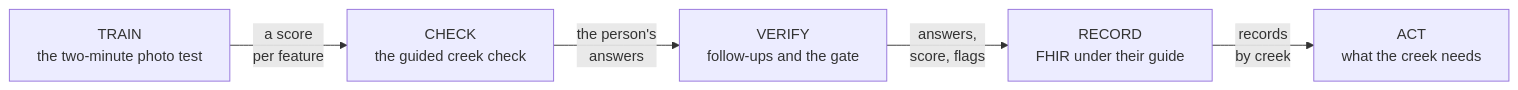
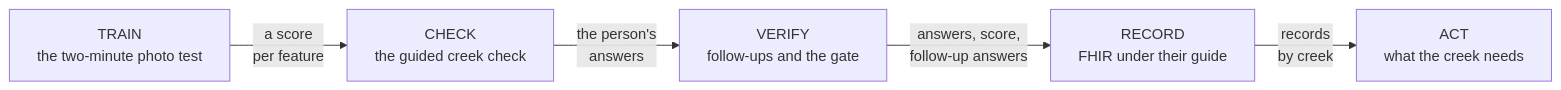
The diagram in docs/diagrams/loop.mmd (alejandro-publius/second-look), drawn with Mermaid before and after one commit. The commit also changed 22 other files, not shown here.

First line of the commit message:
Critic round 08, fixed: no section hides in a fold, the loop diagram shows no flag reaching the record

```diff
--- a/docs/diagrams/loop.mmd
+++ b/docs/diagrams/loop.mmd
@@ -1,12 +1,12 @@
 flowchart LR
   accTitle: The loop in five verbs, Train, Check, Verify, Record and Act
   accDescr: A volunteer trains and takes the photo test, and its per-feature score comes out. On a creek check they answer first, with at most two follow-up questions chosen by code. The answers, with the score, become a FHIR record checked against OneAquaHealth's guide. The records say what the creek needs, in OneAquaHealth's own measures, and which pipes are worth a lab test. A model may raise a question only on a feature it passed on the same test.
   TRAIN["TRAIN<br/>the two-minute photo test"]
   CHECK["CHECK<br/>the guided creek check"]
   VERIFY["VERIFY<br/>follow-ups and the gate"]
   RECORD["RECORD<br/>FHIR under their guide"]
   ACT["ACT<br/>what the creek needs"]
   TRAIN -- "a score<br/>per feature" --> CHECK
   CHECK -- "the person's<br/>answers" --> VERIFY
-  VERIFY -- "answers,<br/>score, flags" --> RECORD
+  VERIFY -- "answers, score,<br/>follow-up answers" --> RECORD
   RECORD -- "records<br/>by creek" --> ACT
```
